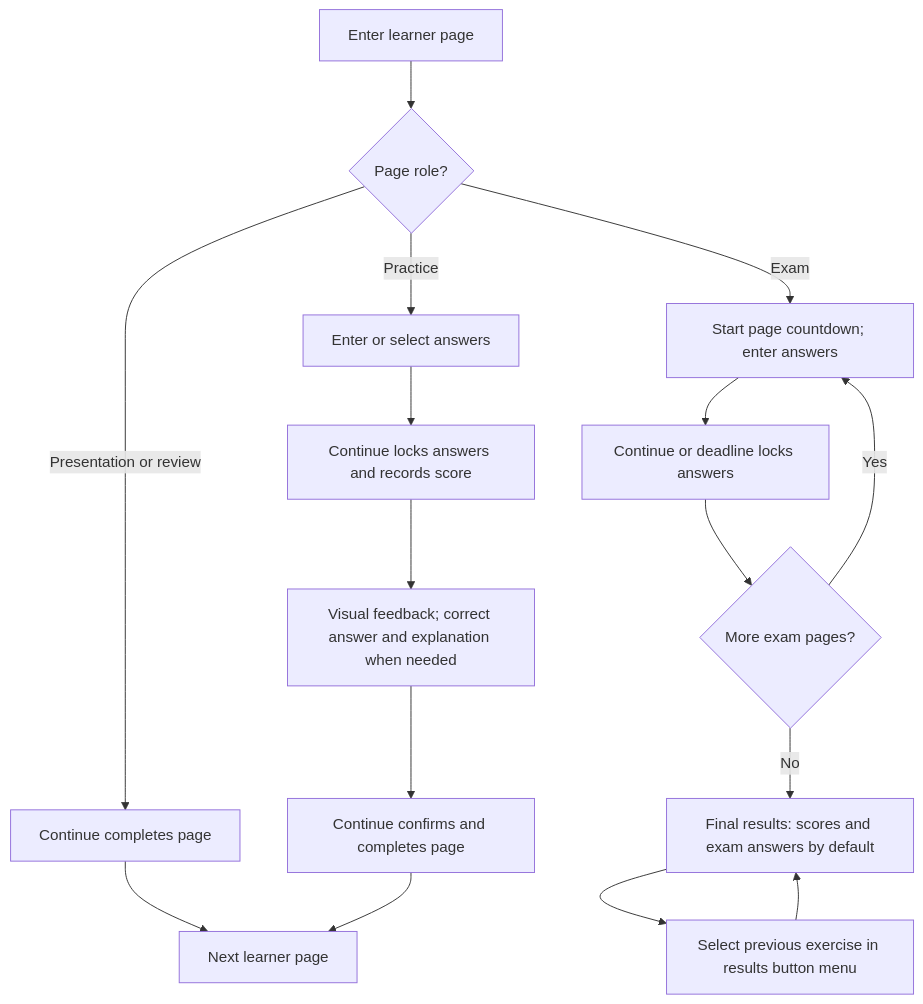
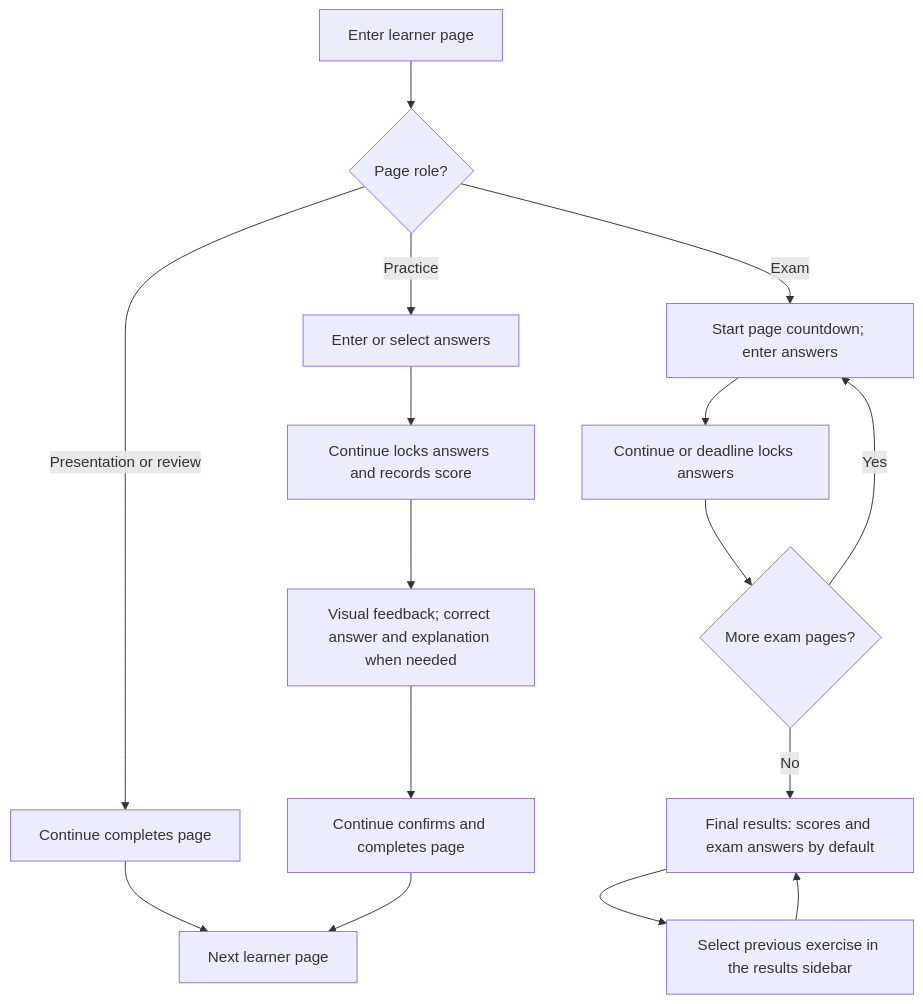
Before and after one commit to bastian-schnitzler/lesson_prototype: the second of 46 diagrams in docs/SPEC.md, drawn with Mermaid. The commit also changed other lines of this file and 14 other files, not shown here.

````diff
--- a/docs/SPEC.md
+++ b/docs/SPEC.md
@@ -560,18 +561,18 @@
 ```mermaid
 flowchart TD
     A[Enter learner page] --> B{Page role?}
     B -->|Presentation or review| C[Continue completes page]
     B -->|Practice| D[Enter or select answers]
     D --> E[Continue locks answers and records score]
     E --> F[Visual feedback; correct answer and explanation when needed]
     F --> G[Continue confirms and completes page]
     B -->|Exam| H[Start page countdown; enter answers]
     H --> I[Continue or deadline locks answers]
     I --> J{More exam pages?}
     J -->|Yes| H
     J -->|No| K[Final results: scores and exam answers by default]
     C --> L[Next learner page]
     G --> L
-    K --> M[Select previous exercise in results button menu]
+    K --> M[Select previous exercise in the results sidebar]
     M --> K
 ```
````
